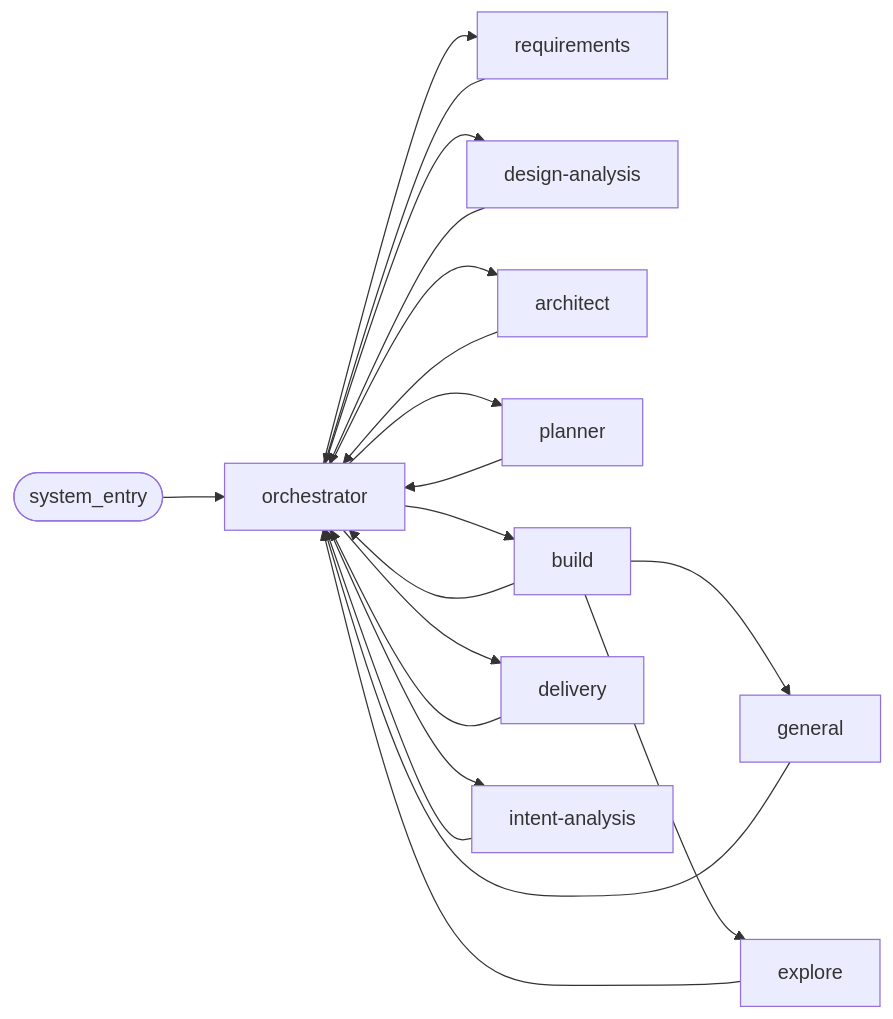
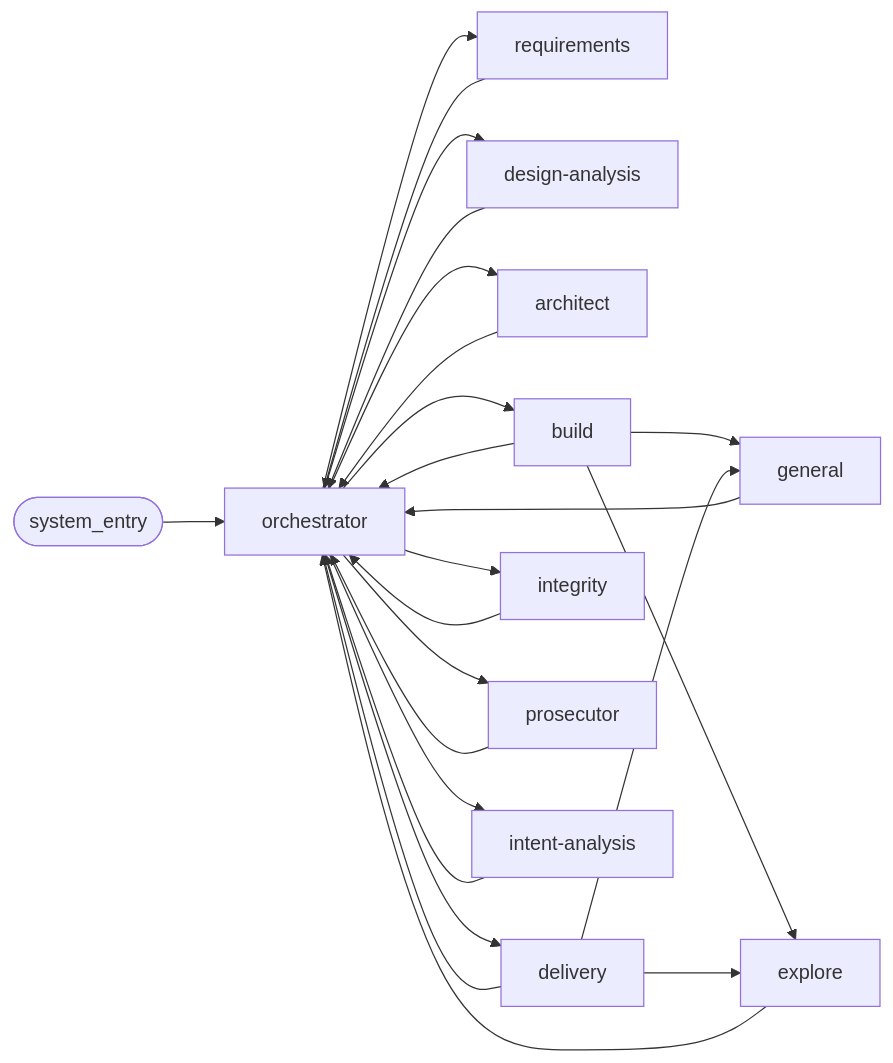
The first of 2 diagrams in specs/new-arch/13-agent-communication-matrix.md (yangheng95/argus), drawn with Mermaid before and after one commit. The commit also changed other lines of this file and 16 other files, not shown here.

````diff
--- a/specs/new-arch/13-agent-communication-matrix.md
+++ b/specs/new-arch/13-agent-communication-matrix.md
@@ -67,34 +78,39 @@
 ```mermaid
 flowchart LR
   SYS([system_entry])
   O[orchestrator]
   R[requirements]
   X[design-analysis]
   A[architect]
-  P[planner]
   B[build]
   D[delivery]
+  IT[integrity]
+  PR[prosecutor]
   G[general]
   E[explore]
   I[intent-analysis]
 
   SYS --> O
   O --> R
   R --> O
   O --> X
   X --> O
   O --> A
   A --> O
-  O --> P
-  P --> O
   O --> B
   B --> O
   O --> D
   D --> O
+  O --> IT
+  IT --> O
+  O --> PR
+  PR --> O
   O --> I
   I --> O
   B --> G
   B --> E
+  D --> G
+  D --> E
   G --> O
   E --> O
 ```
````
